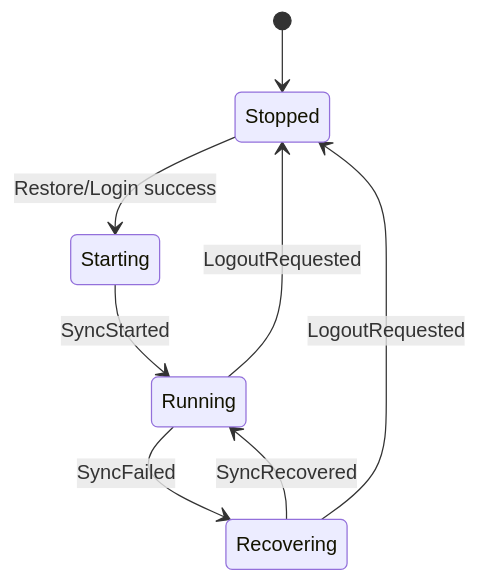
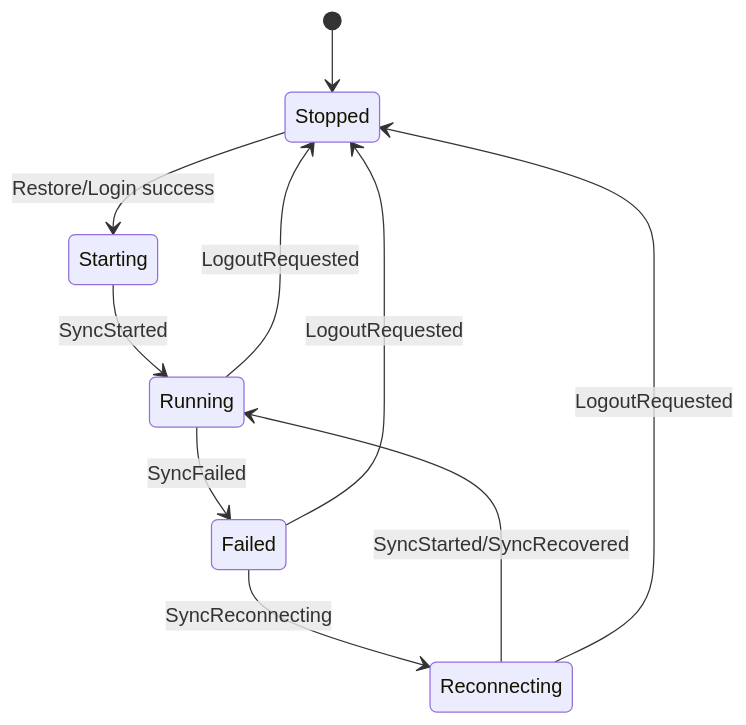
One commit to shinaoka/koushi-matrix changed the second of 2 diagrams in docs/architecture/state-machine.md. Above: the diagram before and after it, drawn with Mermaid. The commit also changed 75 other files, not shown here.

````diff
--- a/docs/architecture/state-machine.md
+++ b/docs/architecture/state-machine.md
@@ -37,10 +37,12 @@
 ```mermaid
 stateDiagram-v2
     [*] --> Stopped
     Stopped --> Starting: Restore/Login success
     Starting --> Running: SyncStarted
-    Running --> Recovering: SyncFailed
-    Recovering --> Running: SyncRecovered
+    Running --> Failed: SyncFailed
+    Failed --> Reconnecting: SyncReconnecting
+    Reconnecting --> Running: SyncStarted/SyncRecovered
     Running --> Stopped: LogoutRequested
-    Recovering --> Stopped: LogoutRequested
+    Failed --> Stopped: LogoutRequested
+    Reconnecting --> Stopped: LogoutRequested
 ```
````
